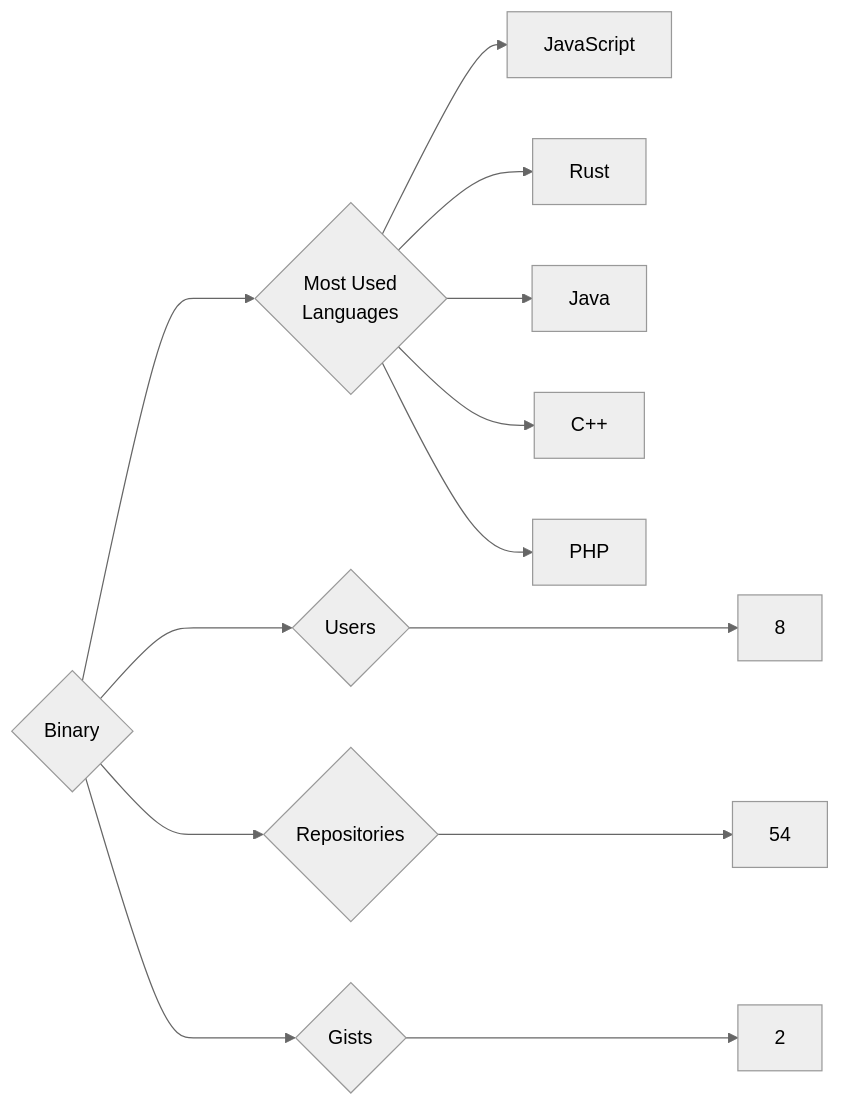
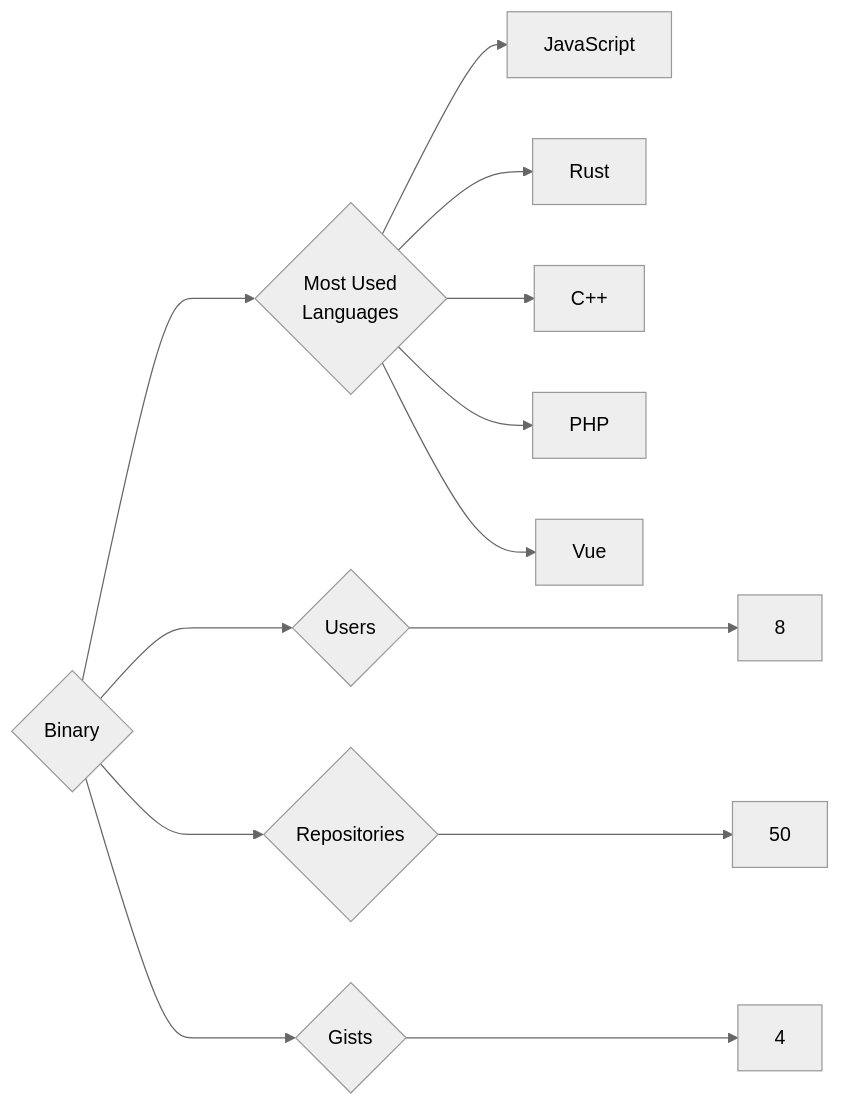
Before and after one commit to trickest/insiders: the diagram in targets/Binary/README.md, drawn with Mermaid (neutral theme). The commit also changed 953 other files, not shown here.

````diff
--- a/targets/Binary/README.md
+++ b/targets/Binary/README.md
@@ -3,13 +3,13 @@
 ```mermaid
 graph LR
 COMPANY_NAME{Binary}
 COMPANY_NAME ---> U{Users} ---> UN[8]
-COMPANY_NAME ---> R{Repositories} ---> RN[54]
-COMPANY_NAME ---> G{Gists} ---> GN[2]
+COMPANY_NAME ---> R{Repositories} ---> RN[50]
+COMPANY_NAME ---> G{Gists} ---> GN[4]
 COMPANY_NAME ---> ML{Most Used<br>Languages}
 ML --> JavaScript[JavaScript]
 ML --> Rust[Rust]
-ML --> Java[Java]
 ML --> C++[C++]
 ML --> PHP[PHP]
+ML --> Vue[Vue]
 ```
````
